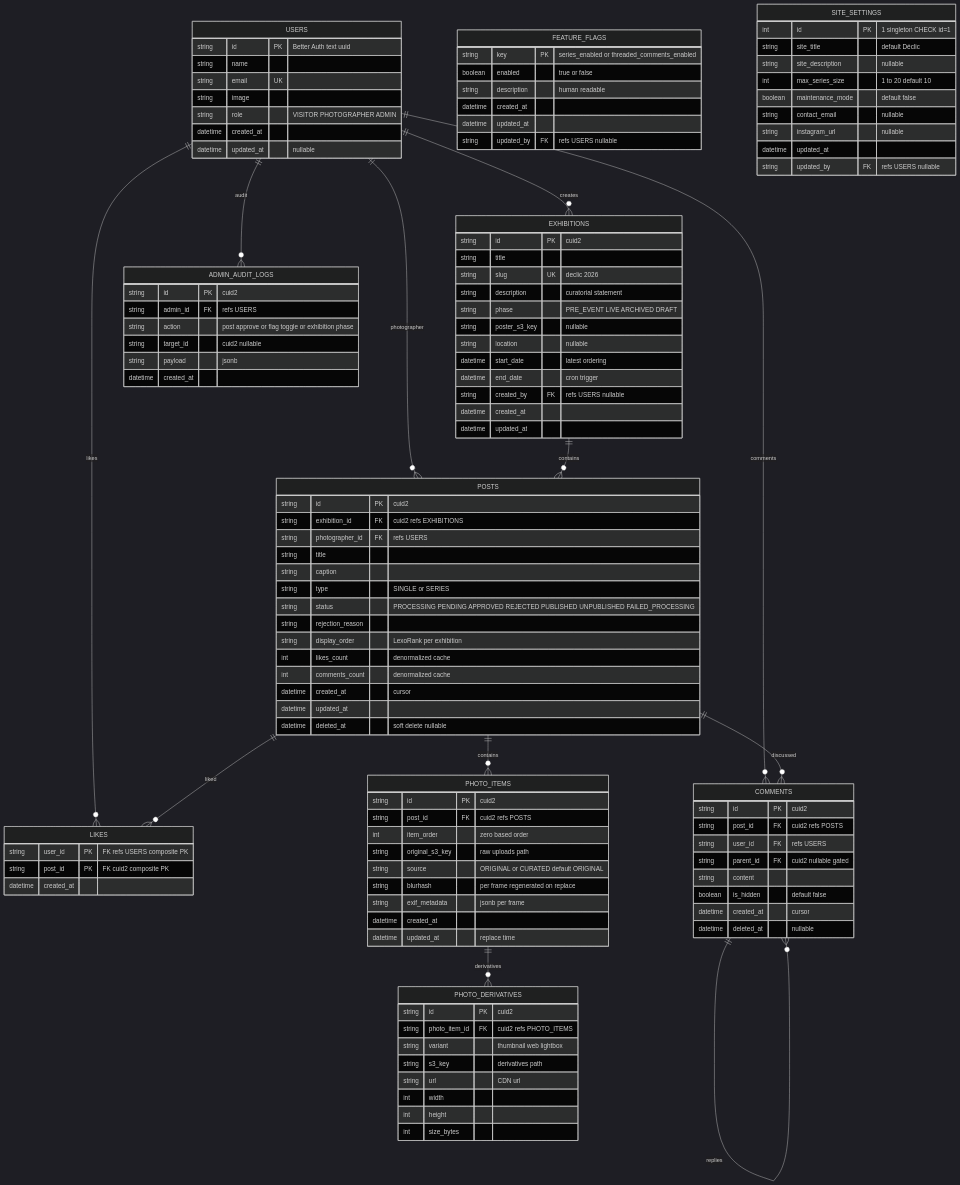
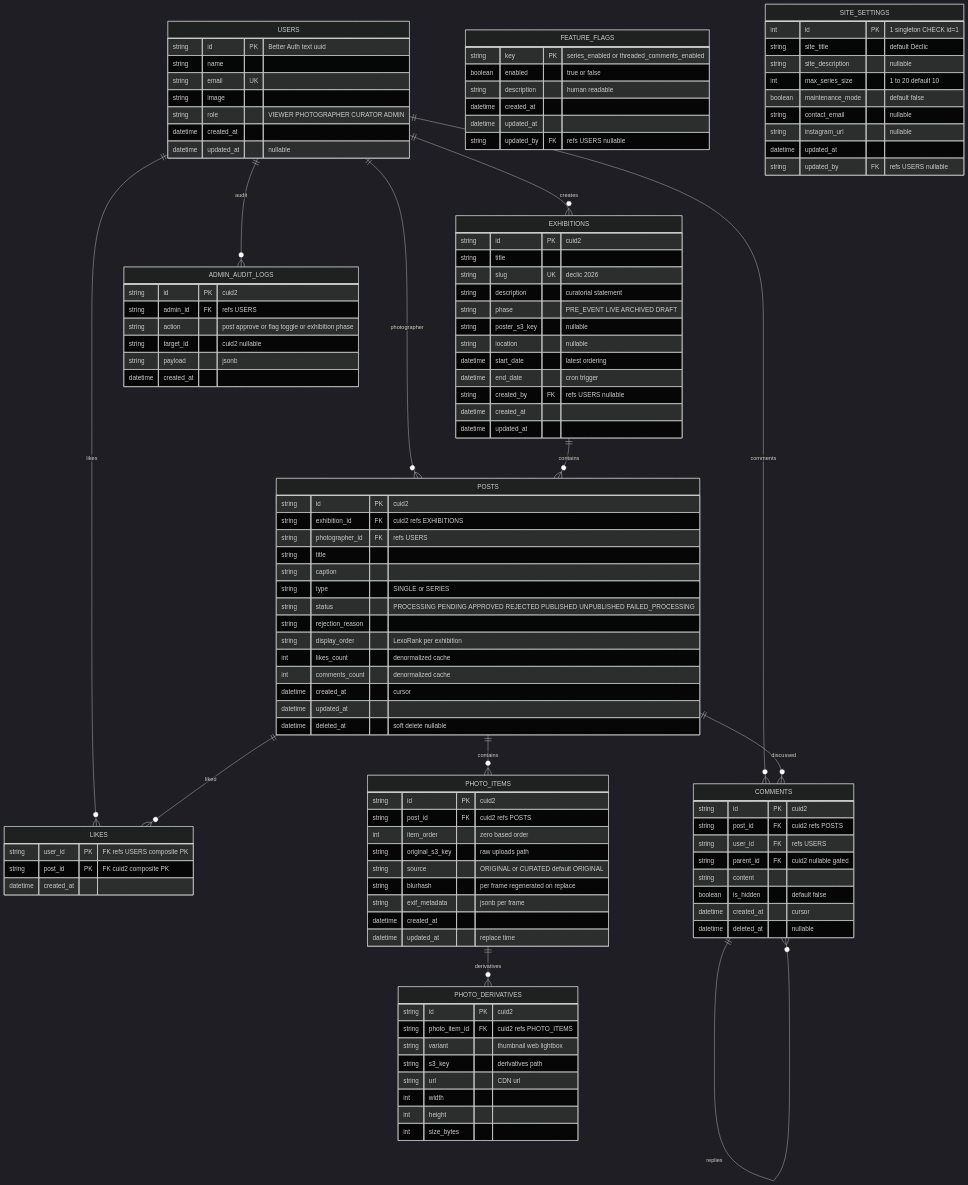
The diagram in docs/db-schema.md (bal16/declic-web), drawn with Mermaid (dark theme) before and after one commit. The commit also changed 6 other files, not shown here.

Commit message:
docs: split RBAC into ADMIN/CURATOR/PHOTOGRAPHER/VIEWER with central matrix and role cache

```diff
--- a/docs/db-schema.md
+++ b/docs/db-schema.md
@@ -44,7 +44,7 @@
         string name
         string email UK
         string image
-        string role "VISITOR PHOTOGRAPHER ADMIN"
+        string role "VIEWER PHOTOGRAPHER CURATOR ADMIN"
         datetime created_at
         datetime updated_at "nullable"
     }
```
